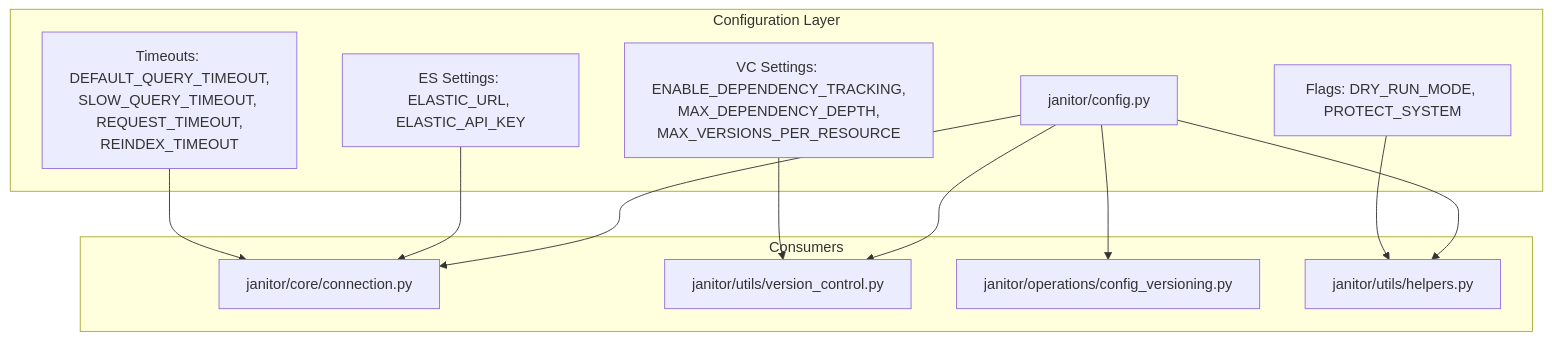
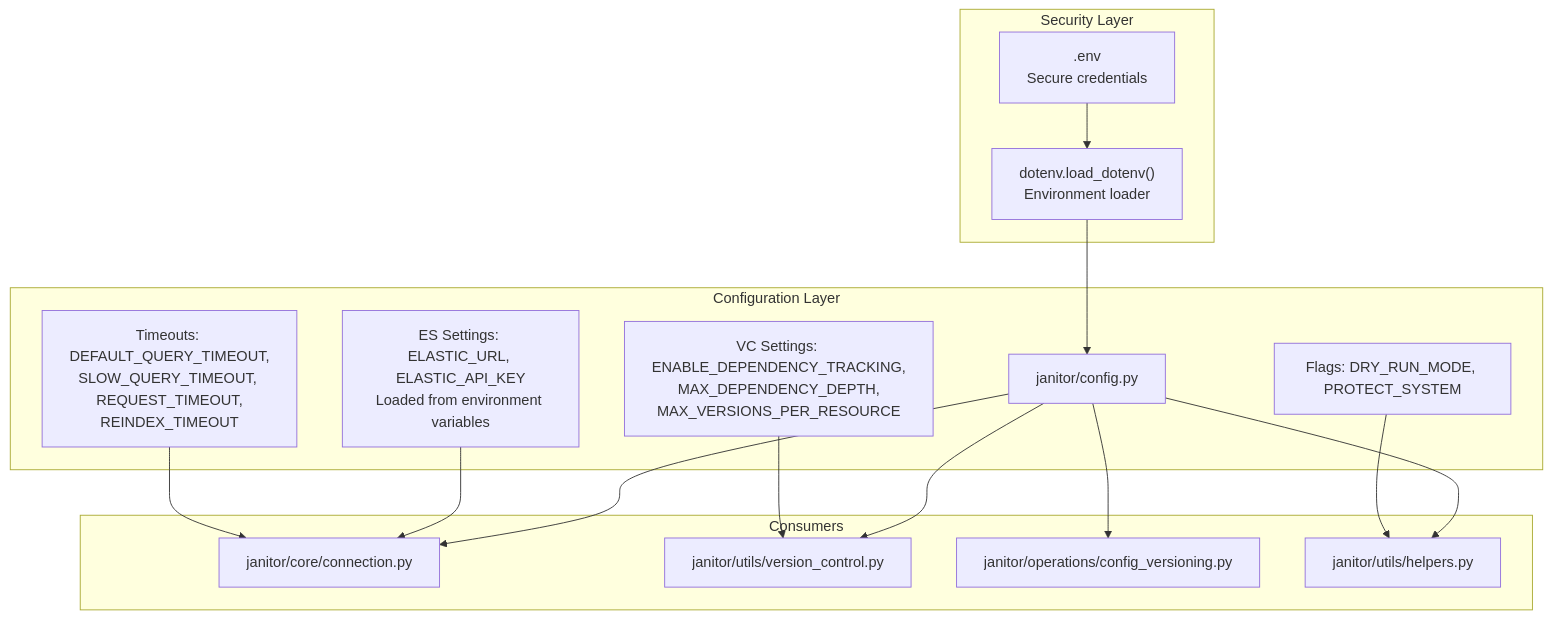
The second of 8 diagrams in .qoder/repowiki/en/content/Configuration and Customization.md (austinsonger/elastic-janitor), drawn with Mermaid before and after one commit. The commit also changed other lines of this file and 51 other files, not shown here.

````diff
--- a/.qoder/repowiki/en/content/Configuration and Customization.md
+++ b/.qoder/repowiki/en/content/Configuration and Customization.md
@@ -88,24 +102,30 @@
 ```mermaid
 graph TB
+subgraph "Security Layer"
+DotEnv[".env<br/>Secure credentials"]
+Loader["dotenv.load_dotenv()<br/>Environment loader"]
+end
 subgraph "Configuration Layer"
 Cfg["janitor/config.py"]
 Flags["Flags: DRY_RUN_MODE, PROTECT_SYSTEM"]
-ES["ES Settings: ELASTIC_URL, ELASTIC_API_KEY"]
+ES["ES Settings: ELASTIC_URL, ELASTIC_API_KEY<br/>Loaded from environment variables"]
 Timeouts["Timeouts: DEFAULT_QUERY_TIMEOUT,<br/>SLOW_QUERY_TIMEOUT, REQUEST_TIMEOUT,<br/>REINDEX_TIMEOUT"]
 VCSettings["VC Settings: ENABLE_DEPENDENCY_TRACKING,<br/>MAX_DEPENDENCY_DEPTH,<br/>MAX_VERSIONS_PER_RESOURCE"]
 end
 subgraph "Consumers"
 Conn["janitor/core/connection.py"]
 VC["janitor/utils/version_control.py"]
 CV["janitor/operations/config_versioning.py"]
 Helpers["janitor/utils/helpers.py"]
 end
+DotEnv --> Loader
+Loader --> Cfg
 Cfg --> Conn
 Cfg --> VC
 Cfg --> CV
 Cfg --> Helpers
 Flags --> Helpers
 ES --> Conn
 Timeouts --> Conn
 VCSettings --> VC
 ```
````
